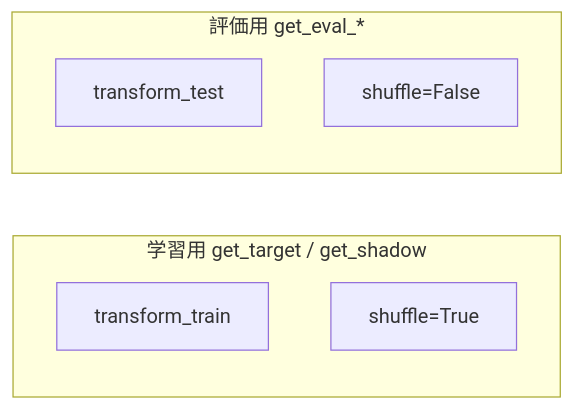
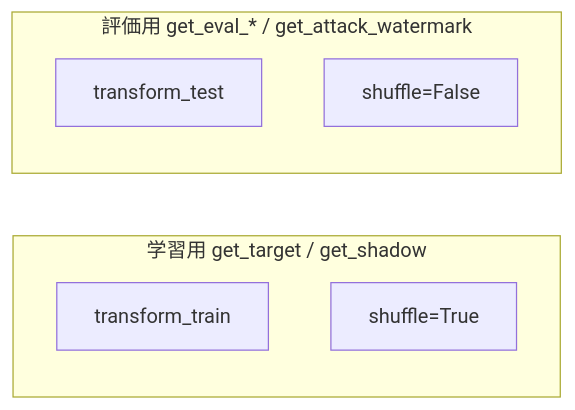
Before and after one commit to GoldenPoisonedApple/MIAOS: the seventh of 14 diagrams in worker/docs/SPECIFICATION.md, drawn with Mermaid. The commit also changed other lines of this file and 4 other files, not shown here.

````diff
--- a/worker/docs/SPECIFICATION.md
+++ b/worker/docs/SPECIFICATION.md
@@ -198,11 +223,11 @@
 ```mermaid
 flowchart LR
     subgraph train ["学習用 get_target / get_shadow"]
         t1["transform_train"]
         t2["shuffle=True"]
     end
-    subgraph eval ["評価用 get_eval_*"]
+    subgraph eval ["評価用 get_eval_* / get_attack_watermark"]
         e1["transform_test"]
         e2["shuffle=False"]
     end
 ```
````
